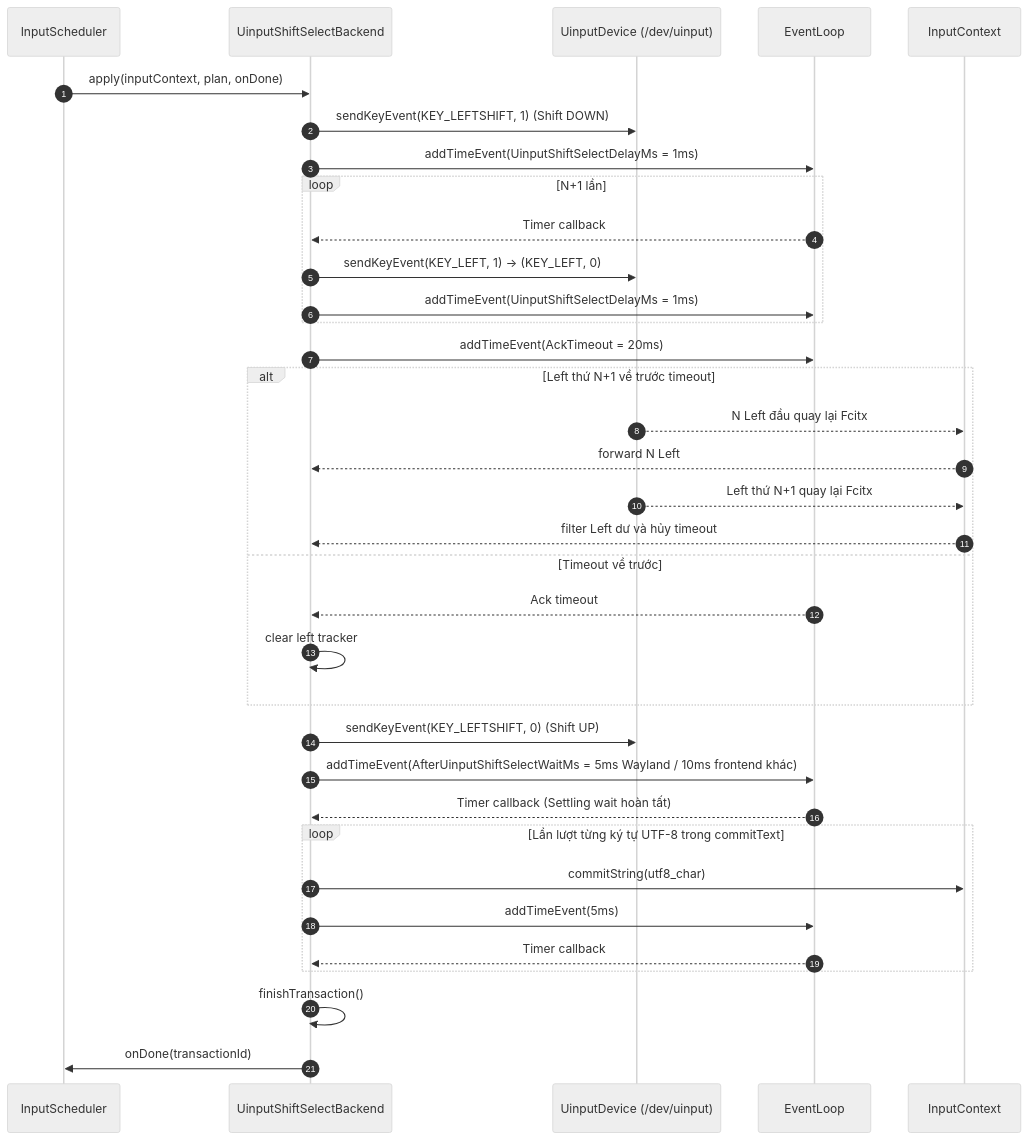
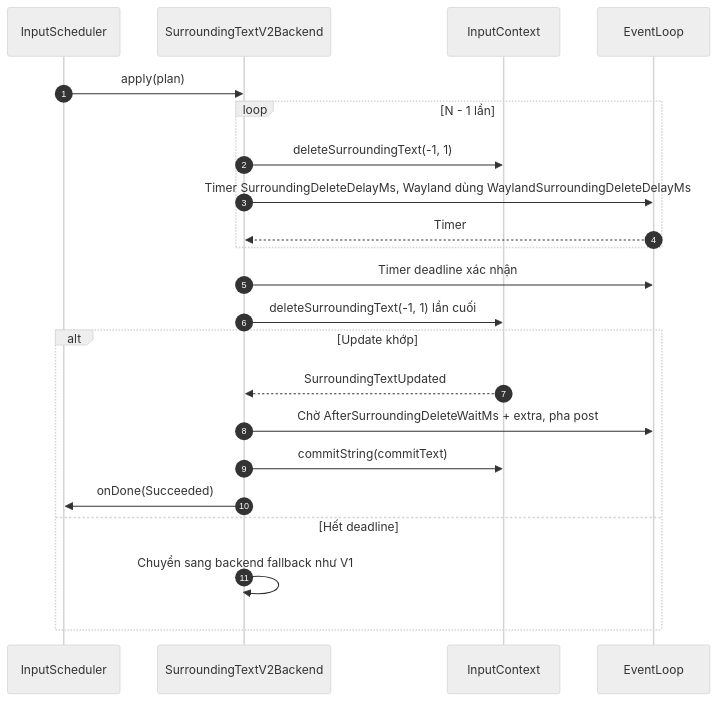
The fourth of 7 diagrams in docs/ARECA_ARCHITECTURE_SPECIFICATION.md (xhkzeroone/ArecaIME), drawn with Mermaid (neutral theme) before and after one commit. The commit also changed other lines of this file and 5 other files, not shown here.

````diff
--- a/docs/ARECA_ARCHITECTURE_SPECIFICATION.md
+++ b/docs/ARECA_ARCHITECTURE_SPECIFICATION.md
@@ -204,43 +205,25 @@
 ```mermaid
 sequenceDiagram
     autonumber
     participant S as InputScheduler
-    participant B as UinputShiftSelectBackend
-    participant DEV as UinputDevice (/dev/uinput)
+    participant B as SurroundingTextV2Backend
+    participant IC as InputContext
     participant EL as EventLoop
-    participant IC as InputContext
 
-    S->>B: apply(inputContext, plan, onDone)
-    B->>DEV: sendKeyEvent(KEY_LEFTSHIFT, 1) (Shift DOWN)
-    B->>EL: addTimeEvent(UinputShiftSelectDelayMs = 1ms)
-    
-    loop N+1 lần
-        EL-->>B: Timer callback
-        B->>DEV: sendKeyEvent(KEY_LEFT, 1) -> (KEY_LEFT, 0)
-        B->>EL: addTimeEvent(UinputShiftSelectDelayMs = 1ms)
+    S->>B: apply(plan)
+    loop N - 1 lần
+        B->>IC: deleteSurroundingText(-1, 1)
+        B->>EL: Timer SurroundingDeleteDelayMs, Wayland dùng WaylandSurroundingDeleteDelayMs
+        EL-->>B: Timer
     end
-
-    B->>EL: addTimeEvent(AckTimeout = 20ms)
-    alt Left thứ N+1 về trước timeout
-        DEV-->>IC: N Left đầu quay lại Fcitx
-        IC-->>B: forward N Left
-        DEV-->>IC: Left thứ N+1 quay lại Fcitx
-        IC-->>B: filter Left dư và hủy timeout
-    else Timeout về trước
-        EL-->>B: Ack timeout
-        B->>B: clear left tracker
+    B->>EL: Timer deadline xác nhận
+    B->>IC: deleteSurroundingText(-1, 1) lần cuối
+    alt Update khớp
+        IC-->>B: SurroundingTextUpdated
+        B->>EL: Chờ AfterSurroundingDeleteWaitMs + extra, pha post
+        B->>IC: commitString(commitText)
+        B->>S: onDone(Succeeded)
+    else Hết deadline
+        B->>B: Chuyển sang backend fallback như V1
     end
-    B->>DEV: sendKeyEvent(KEY_LEFTSHIFT, 0) (Shift UP)
-    B->>EL: addTimeEvent(AfterUinputShiftSelectWaitMs = 5ms Wayland / 10ms frontend khác)
-    
-    EL-->>B: Timer callback (Settling wait hoàn tất)
-    
-    loop Lần lượt từng ký tự UTF-8 trong commitText
-        B->>IC: commitString(utf8_char)
-        B->>EL: addTimeEvent(5ms)
-        EL-->>B: Timer callback
-    end
-    
-    B->>B: finishTransaction()
-    B->>S: onDone(transactionId)
 ```
````
